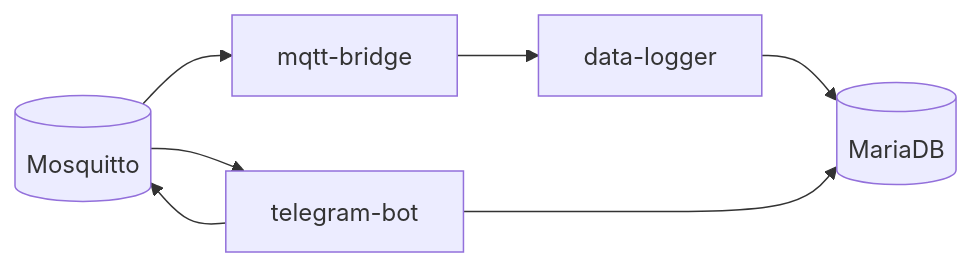
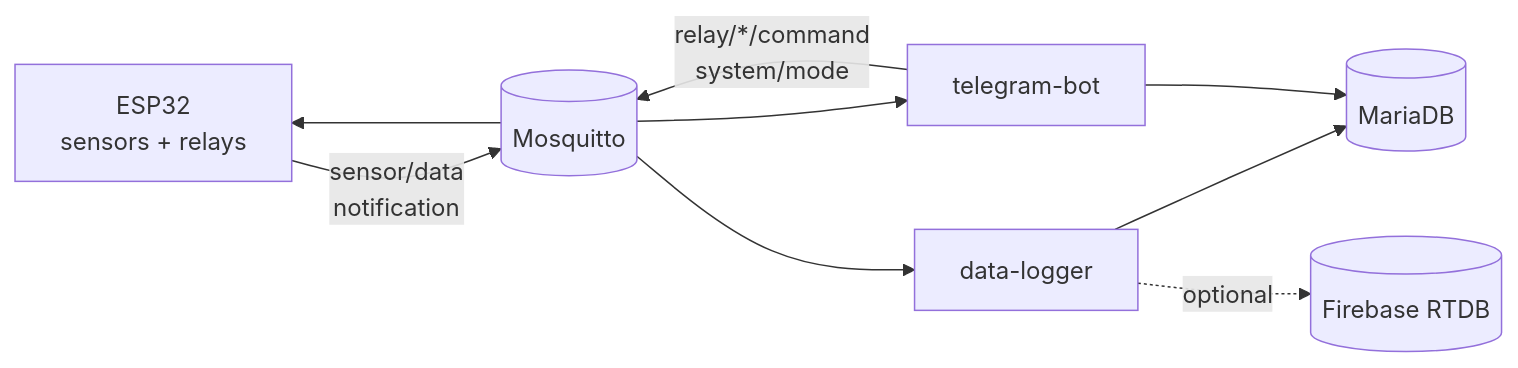
The diagram in services/README.md (livinglab-source/Romyadhy), drawn with Mermaid before and after one commit. The commit also changed other lines of this file and 31 other files, not shown here.

First line of the commit message:
docs: add data-logger, remove mqtt-bridge

````diff
--- a/services/README.md
+++ b/services/README.md
@@ -24,9 +22,11 @@
 ```mermaid
 flowchart LR
-  MQ[("Mosquitto")] --> BR["mqtt-bridge"]
-  BR --> LOG["data-logger"]
+  ESP["ESP32<br/>sensors + relays"] -->|"sensor/data<br/>notification"| MQ[("Mosquitto")]
+  MQ --> LOG["data-logger"]
   LOG --> DB[("MariaDB")]
+  LOG -.->|optional| FB[("Firebase RTDB")]
   MQ --> BOT["telegram-bot"]
   BOT --> DB
-  BOT --> MQ
+  BOT -->|"relay/*/command<br/>system/mode"| MQ
+  MQ --> ESP
 ```
````
